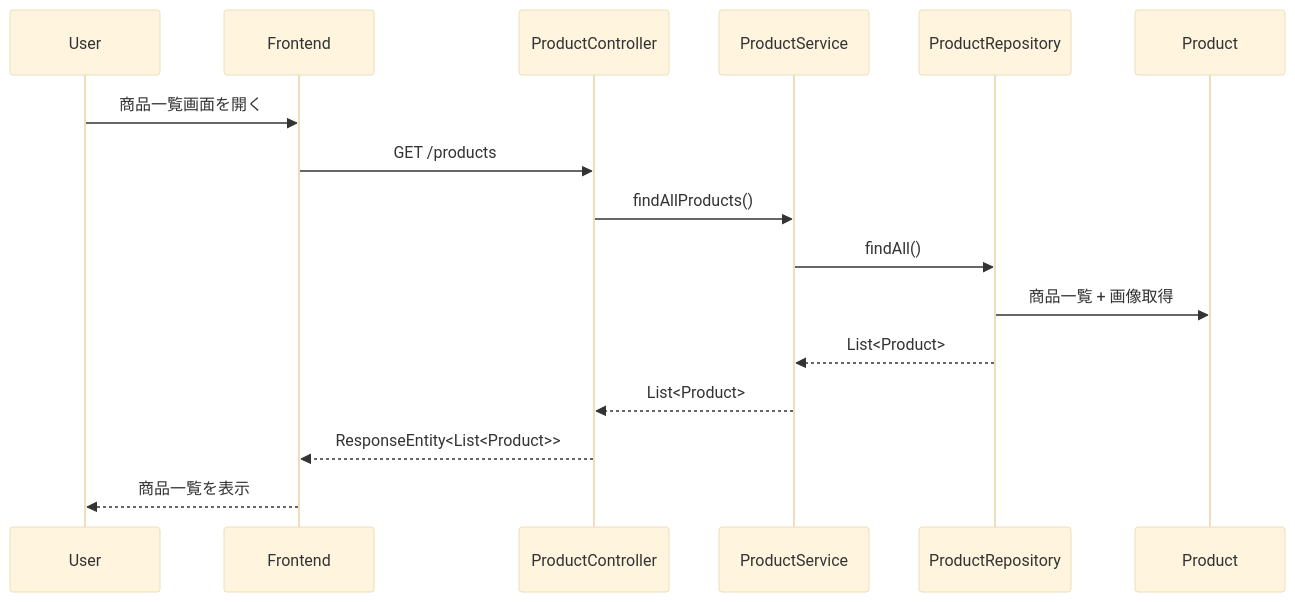
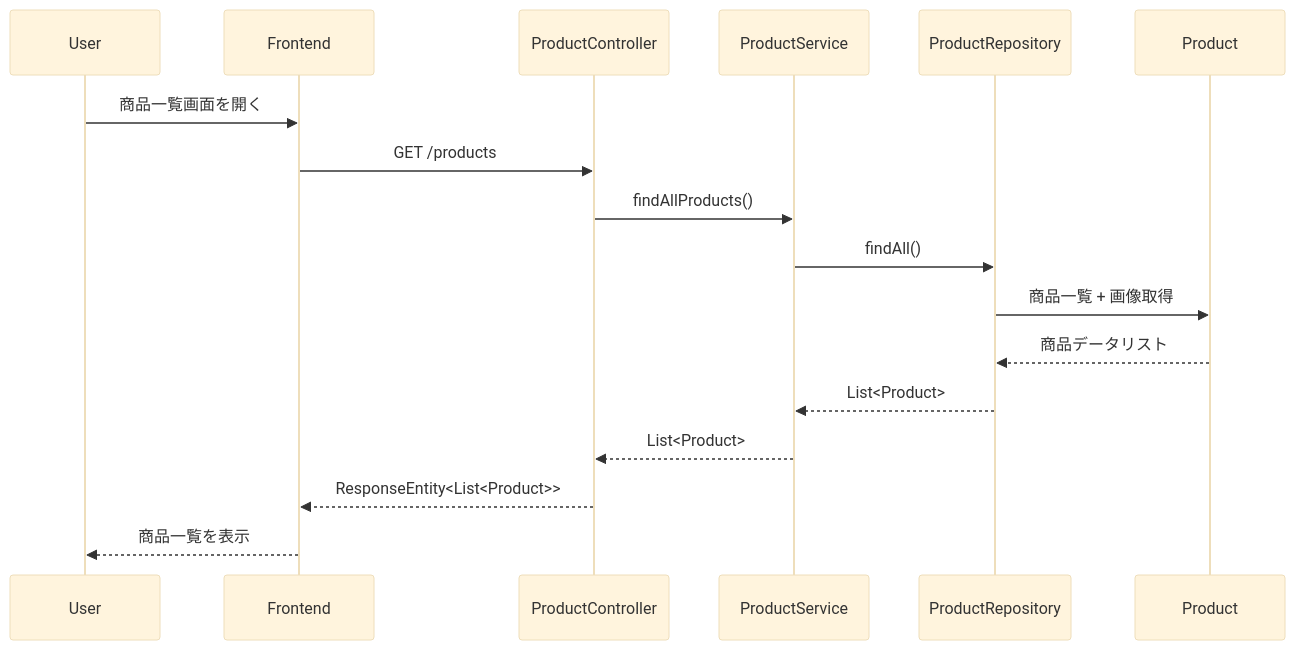
Before and after one commit to ainaga09/ACE: the first of 5 diagrams in 詳細設計/シークエンス図.md, drawn with Mermaid (base theme). The commit also changed other lines of this file, not shown here.

```diff
--- a/詳細設計/シークエンス図.md
+++ b/詳細設計/シークエンス図.md
@@ -2,21 +2,22 @@
 <div class="mermaid">
 sequenceDiagram
     participant User
     participant Frontend
     participant ProductController
     participant ProductService
     participant ProductRepository
     participant Product
 
     User->>Frontend: 商品一覧画面を開く
     Frontend->>ProductController: GET /products
     ProductController->>ProductService: findAllProducts()
     ProductService->>ProductRepository: findAll()
     ProductRepository->>Product: 商品一覧 + 画像取得
+    Product-->>ProductRepository: 商品データリスト
     ProductRepository-->>ProductService: List<Product>
     ProductService-->>ProductController: List<Product>
     ProductController-->>Frontend: ResponseEntity<List<Product>>
     Frontend-->>User: 商品一覧を表示
 
 
 </div>
```
